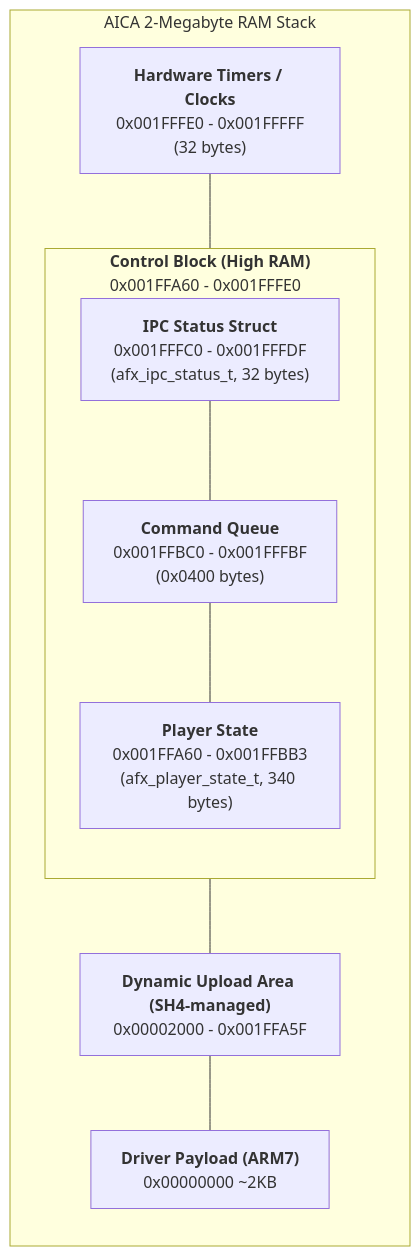
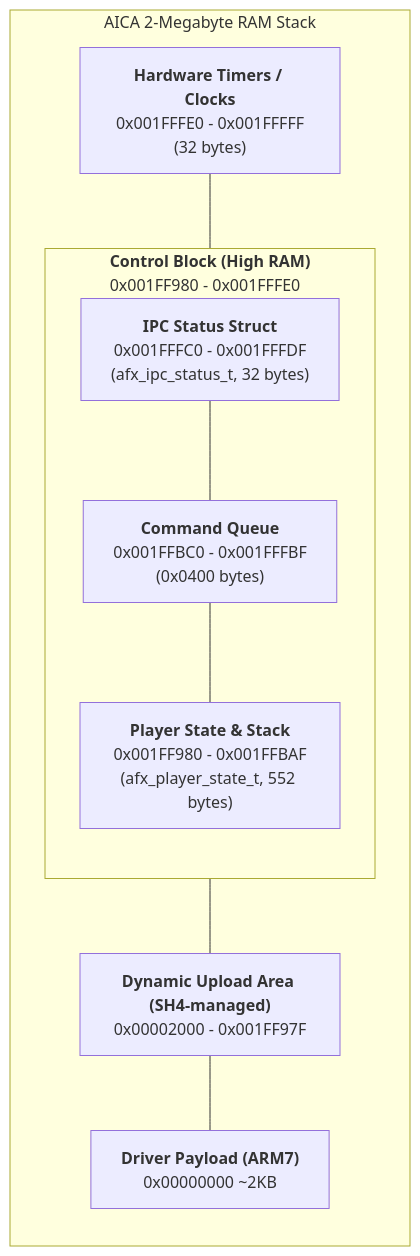
One commit to dfchil/aicaflow changed the diagram in docs/afx_design.md. Above: the diagram before and after it, drawn with Mermaid. The commit also changed other lines of this file and 8 other files, not shown here.

````diff
--- a/docs/afx_design.md
+++ b/docs/afx_design.md
@@ -40,23 +40,23 @@
 ```mermaid
 graph TD
     subgraph AICA_RAM ["AICA 2-Megabyte RAM Stack"]
         direction TB
 
         CLOCKS["<b>Hardware Timers / Clocks</b><br/>0x001FFFE0 - 0x001FFFFF<br/>(32 bytes)"]
 
-        subgraph IPC_BLOCK ["<b>Control Block (High RAM)</b><br/>0x001FFA60 - 0x001FFFE0"]
+        subgraph IPC_BLOCK ["<b>Control Block (High RAM)</b><br/>0x001FF980 - 0x001FFFE0"]
             direction TB
             STATUS["<b>IPC Status Struct</b><br/>0x001FFFC0 - 0x001FFFDF<br/>(afx_ipc_status_t, 32 bytes)"]
             QUEUE["<b>Command Queue</b><br/>0x001FFBC0 - 0x001FFFBF<br/>(0x0400 bytes)"]
-            PLAYER["<b>Player State</b><br/>0x001FFA60 - 0x001FFBB3<br/>(afx_player_state_t, 340 bytes)"]
+            PLAYER["<b>Player State & Stack</b><br/>0x001FF980 - 0x001FFBAF<br/>(afx_player_state_t, 552 bytes)"]
             STATUS --- QUEUE
             QUEUE --- PLAYER
         end
 
         CLOCKS --- IPC_BLOCK
         IPC_BLOCK --- DYNAMIC
-        DYNAMIC["<b>Dynamic Upload Area (SH4-managed)</b><br/>0x00002000 - 0x001FFA5F"]
+        DYNAMIC["<b>Dynamic Upload Area (SH4-managed)</b><br/>0x00002000 - 0x001FF97F"]
         DYNAMIC --- DRIVER
         DRIVER["<b>Driver Payload (ARM7)</b><br/>0x00000000 ~2KB"]
     end
 ```
````
